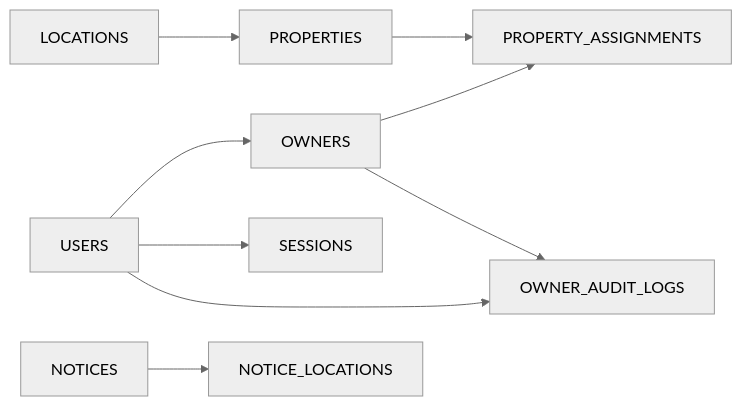
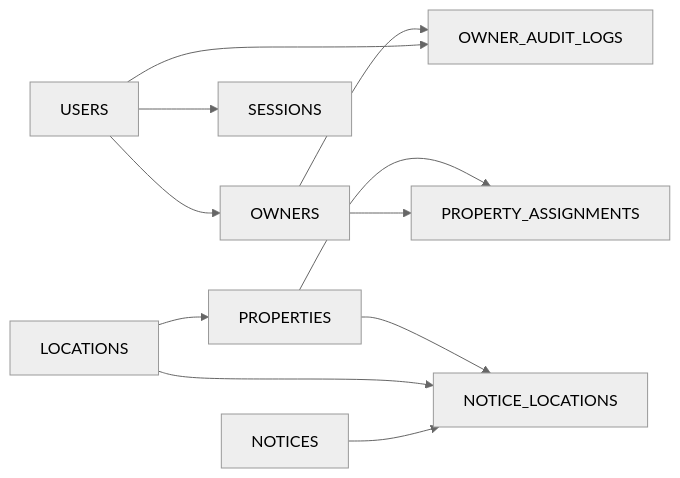
Before and after one commit to amaiagalvez/madaia33: the first of 4 diagrams in .github/skills/database-schema-mermaid/SKILL.md, drawn with Mermaid (neutral theme). The commit also changed other lines of this file and 27 other files, not shown here.

Commit message:
006-notice-locations-refactor

````diff
--- a/.github/skills/database-schema-mermaid/SKILL.md
+++ b/.github/skills/database-schema-mermaid/SKILL.md
@@ -34,11 +34,13 @@
 ```mermaid
 flowchart LR
     USERS --> OWNERS
     USERS --> SESSIONS
     USERS --> OWNER_AUDIT_LOGS
     OWNERS --> PROPERTY_ASSIGNMENTS
     OWNERS --> OWNER_AUDIT_LOGS
     LOCATIONS --> PROPERTIES
     PROPERTIES --> PROPERTY_ASSIGNMENTS
     NOTICES --> NOTICE_LOCATIONS
+    LOCATIONS --> NOTICE_LOCATIONS
+    PROPERTIES --> NOTICE_LOCATIONS
 ```
````
